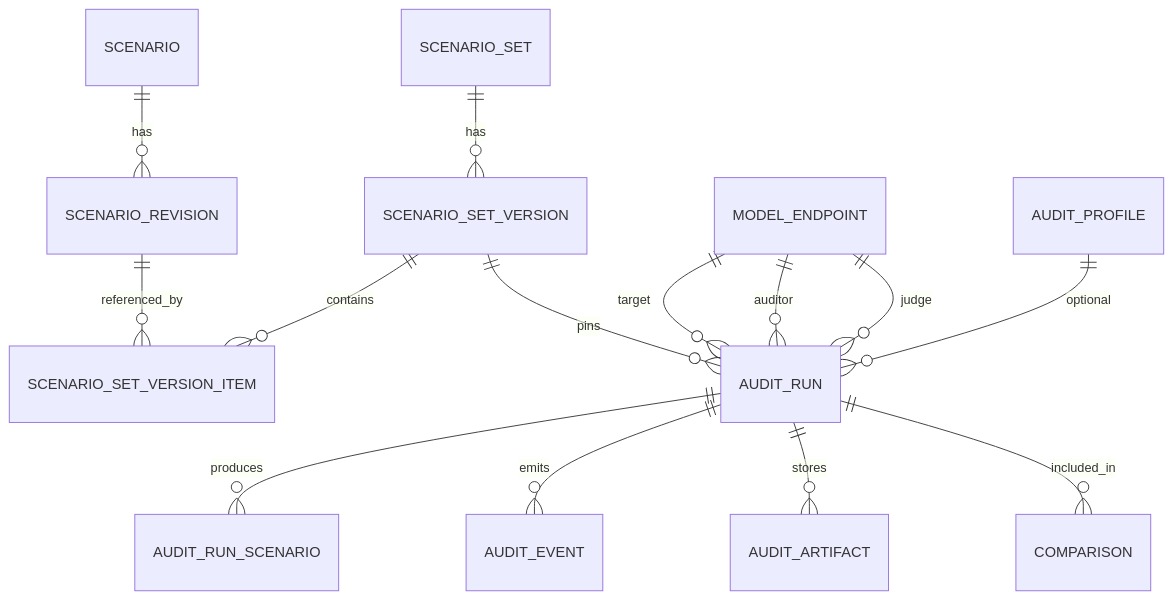
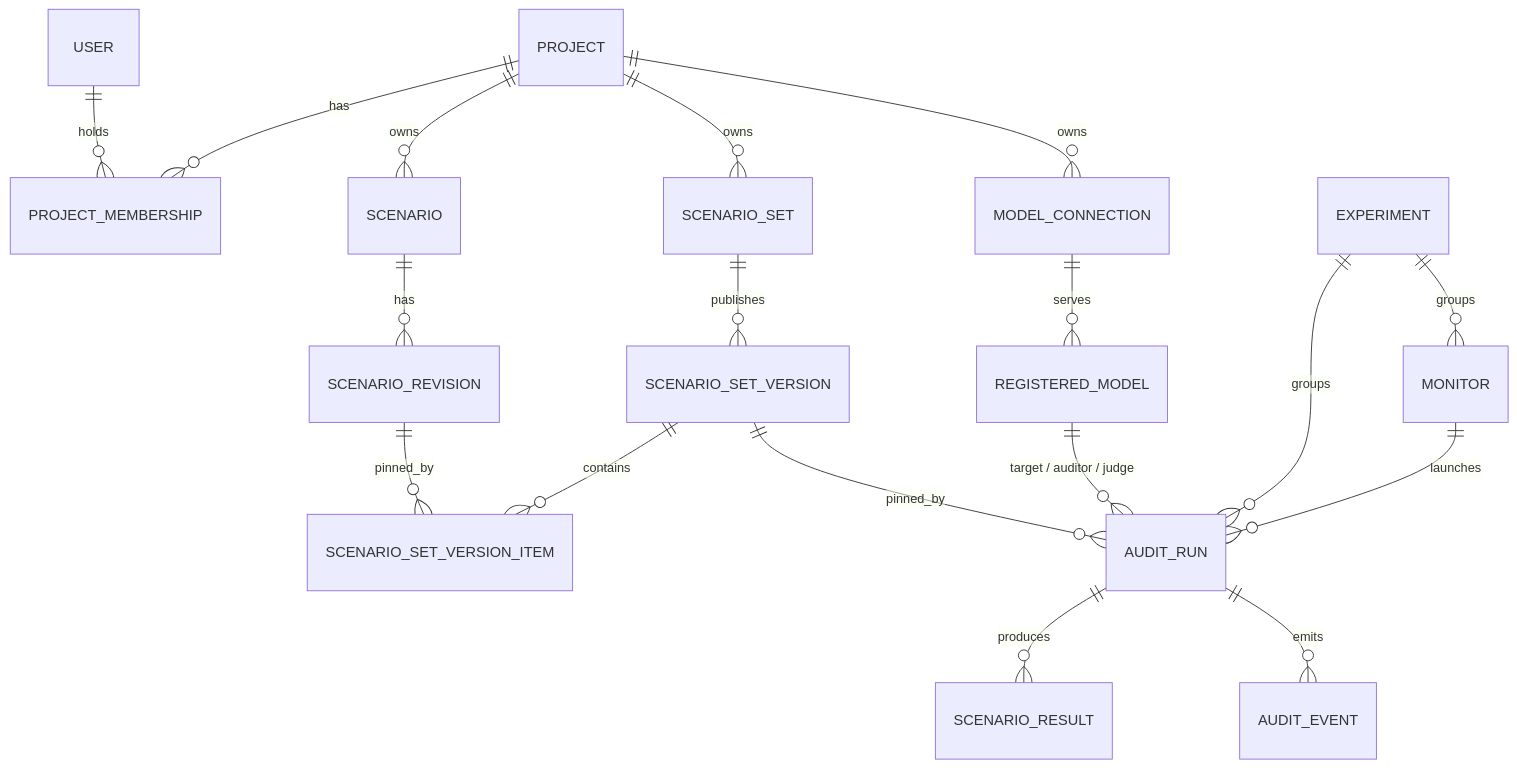
The diagram in docs/domain-model.md (SimulaMet/SimpleAuditStudio), drawn with Mermaid before and after one commit. The commit also changed other lines of this file and 97 other files, not shown here.

````diff
--- a/docs/domain-model.md
+++ b/docs/domain-model.md
@@ -16,16 +16,20 @@
 ```mermaid
 erDiagram
+    PROJECT ||--o{ PROJECT_MEMBERSHIP : has
+    USER ||--o{ PROJECT_MEMBERSHIP : holds
+    PROJECT ||--o{ SCENARIO : owns
+    PROJECT ||--o{ SCENARIO_SET : owns
+    PROJECT ||--o{ MODEL_CONNECTION : owns
     SCENARIO ||--o{ SCENARIO_REVISION : has
-    SCENARIO_SET ||--o{ SCENARIO_SET_VERSION : has
+    SCENARIO_SET ||--o{ SCENARIO_SET_VERSION : publishes
     SCENARIO_SET_VERSION ||--o{ SCENARIO_SET_VERSION_ITEM : contains
-    SCENARIO_REVISION ||--o{ SCENARIO_SET_VERSION_ITEM : referenced_by
-    MODEL_ENDPOINT ||--o{ AUDIT_RUN : target
-    MODEL_ENDPOINT ||--o{ AUDIT_RUN : auditor
-    MODEL_ENDPOINT ||--o{ AUDIT_RUN : judge
-    AUDIT_PROFILE ||--o{ AUDIT_RUN : optional
-    SCENARIO_SET_VERSION ||--o{ AUDIT_RUN : pins
-    AUDIT_RUN ||--o{ AUDIT_RUN_SCENARIO : produces
+    SCENARIO_REVISION ||--o{ SCENARIO_SET_VERSION_ITEM : pinned_by
+    MODEL_CONNECTION ||--o{ REGISTERED_MODEL : serves
+    REGISTERED_MODEL ||--o{ AUDIT_RUN : "target / auditor / judge"
+    SCENARIO_SET_VERSION ||--o{ AUDIT_RUN : pinned_by
+    EXPERIMENT ||--o{ AUDIT_RUN : groups
+    EXPERIMENT ||--o{ MONITOR : groups
+    MONITOR ||--o{ AUDIT_RUN : launches
+    AUDIT_RUN ||--o{ SCENARIO_RESULT : produces
     AUDIT_RUN ||--o{ AUDIT_EVENT : emits
-    AUDIT_RUN ||--o{ AUDIT_ARTIFACT : stores
-    AUDIT_RUN ||--o{ COMPARISON : included_in
 ```
````
